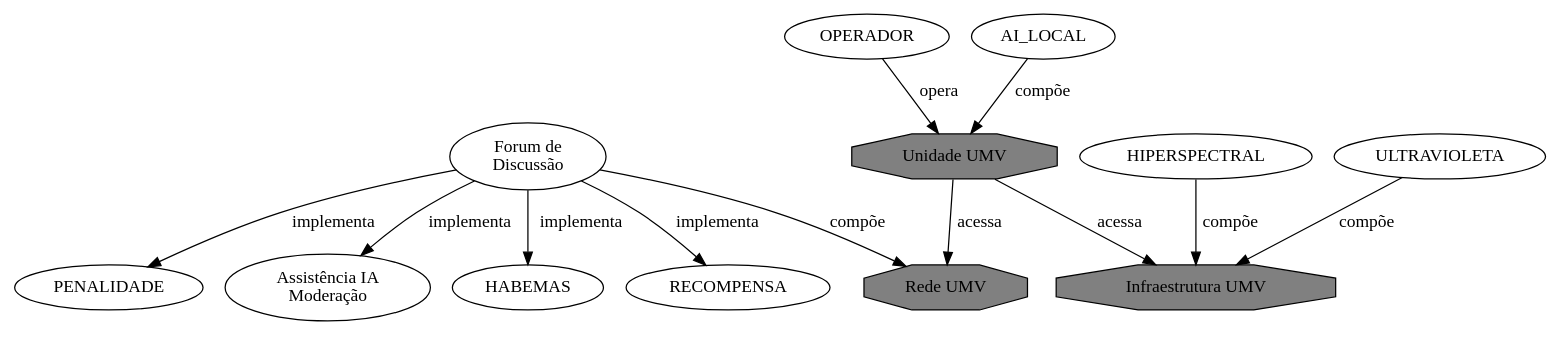
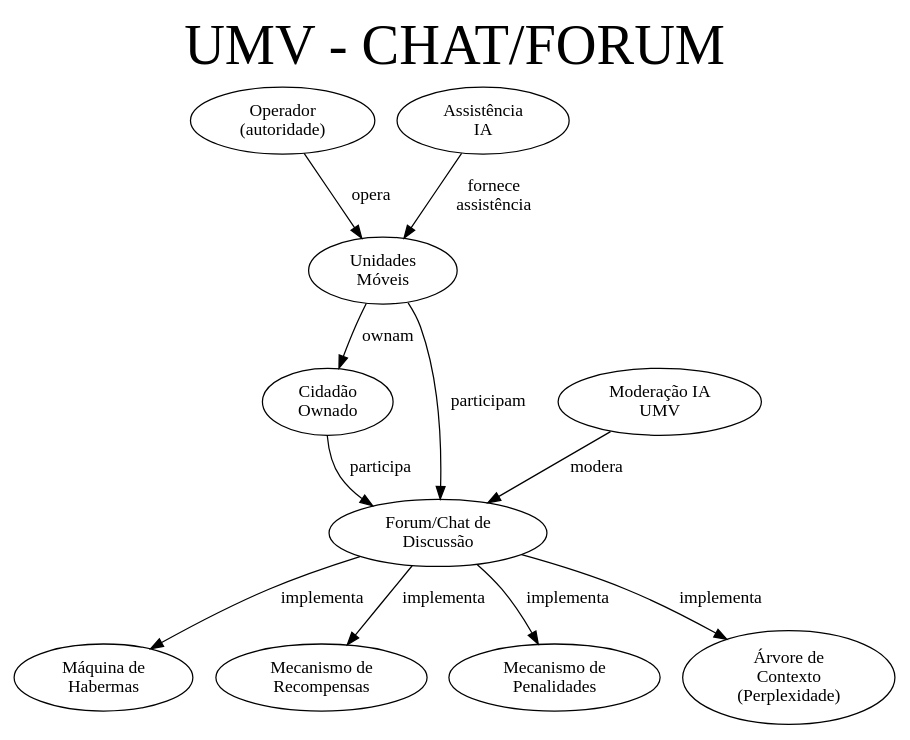
The diagram in UMV.dot (tventuraz/RedeUMV), drawn with Graphviz before and after one commit.

```diff
--- a/UMV.dot
+++ b/UMV.dot
@@ -1,30 +1,35 @@
 digraph G {
+    
+    label = "UMV - CHAT/FORUM";
+    labelloc = "t";
+    fontsize = 45;
 
-
-FORUM [label="Forum de\nDiscussão"]
-AI_UMV [label="Assistência IA\nModeração"]
-
-UNIDADE [shape="octagon" fillcolor="gray"  style="filled" label="Unidade UMV"]
-REDE [shape="octagon" fillcolor="gray"  style="filled" label="Rede UMV"]
-INFRA [shape="octagon" fillcolor="gray"  style="filled" label="Infraestrutura UMV"]
-
-
-OPERADOR -> UNIDADE [label="opera"]
-
-UNIDADE -> REDE [label="acessa"]
-UNIDADE -> INFRA [label="acessa"]
-
-AI_LOCAL -> UNIDADE [label="compõe"]
-
-HIPERSPECTRAL -> INFRA [label="compõe"]
-ULTRAVIOLETA -> INFRA [label="compõe"]
-
-
-FORUM -> REDE [label="compõe"]
-
-FORUM -> HABEMAS [label="implementa"]
-FORUM -> RECOMPENSA [label="implementa"]
-FORUM -> PENALIDADE [label="implementa"]
-FORUM -> AI_UMV [label="implementa"]
+    #######################################################################
+    #                           ENTIDADES                                 #
+    #######################################################################
+    OPERADOR [label="Operador\n(autoridade)"]
+    UNIDADE [label="Unidades\nMóveis"]
+    OWNADO [label="Cidadão\nOwnado"]
+    HABERMAS [label="Máquina de\nHabermas"]
+    RECOMPENSA [label="Mecanismo de\nRecompensas"]
+    PENALIDADE [label="Mecanismo de\nPenalidades"]
+    CONTEXTO [label="Árvore de\nContexto\n(Perplexidade)"]
+    UMV [label="Moderação IA\nUMV"]
+    FORUM [label="Forum/Chat de\nDiscussão"]
+    ASSISTENCIA [label="Assistência\nIA"]
+    
+    #######################################################################
+    #                       RELACIONAMENTOS                               #
+    #######################################################################
+    UMV -> FORUM [label="modera"]
+    OWNADO -> FORUM  [label="participa"]
+    FORUM -> HABERMAS [label="implementa"]
+    FORUM -> RECOMPENSA [label="implementa"]
+    FORUM -> PENALIDADE [label="implementa"]
+    FORUM -> CONTEXTO [label="implementa"]
+    OPERADOR -> UNIDADE [label="opera"]
+    UNIDADE -> OWNADO [label="ownam"]
+    UNIDADE -> FORUM [label="participam"]
+    ASSISTENCIA -> UNIDADE [label="fornece\nassistência"]
 
 }
```
